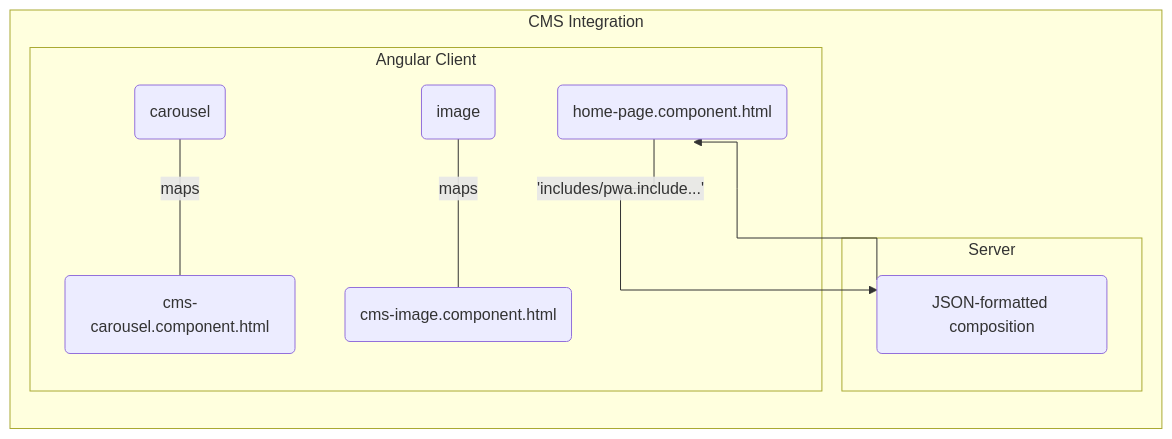
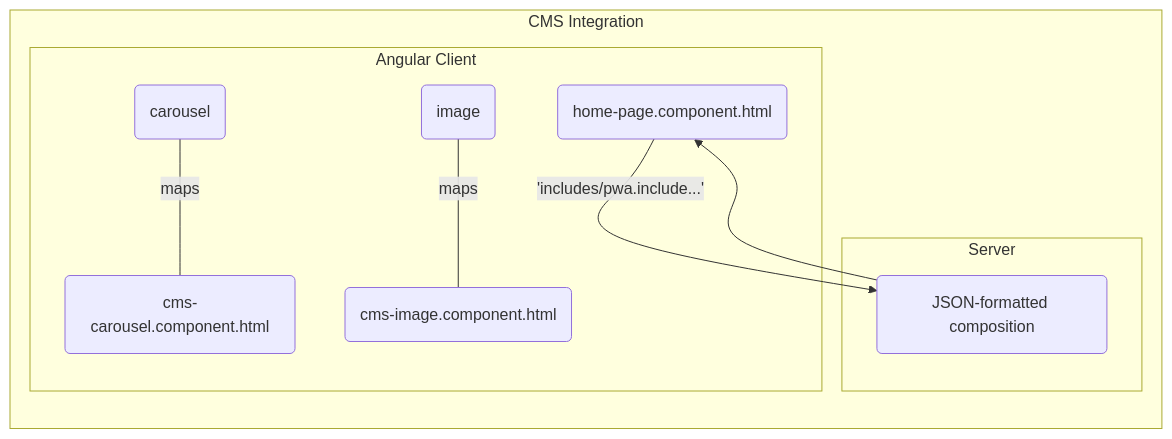
The diagram in docs/concepts/cms-integration.md (intershop/intershop-pwa), drawn with Mermaid before and after one commit.

Commit message:
adjusted mermaid theme

````diff
--- a/docs/concepts/cms-integration.md
+++ b/docs/concepts/cms-integration.md
@@ -54,16 +54,16 @@
 ```mermaid
-%%{ init: { 'flowchart': { 'curve': 'stepBefore' } } }%%
+%%{ init: { 'flowchart': { 'curve': 'natural', 'theme': 'neutral' } } }%%
 flowchart LR
 B--'includes/pwa.include...'-->A
 A-->B
 subgraph CMS Integration
 subgraph Server
 A("JSON-formatted composition")
 end
 subgraph Angular Client
 B("home-page.component.html")
 C("carousel")--maps---D("cms-carousel.component.html")
 E("image")--maps---F("cms-image.component.html")
 end
 end
 ```
````
